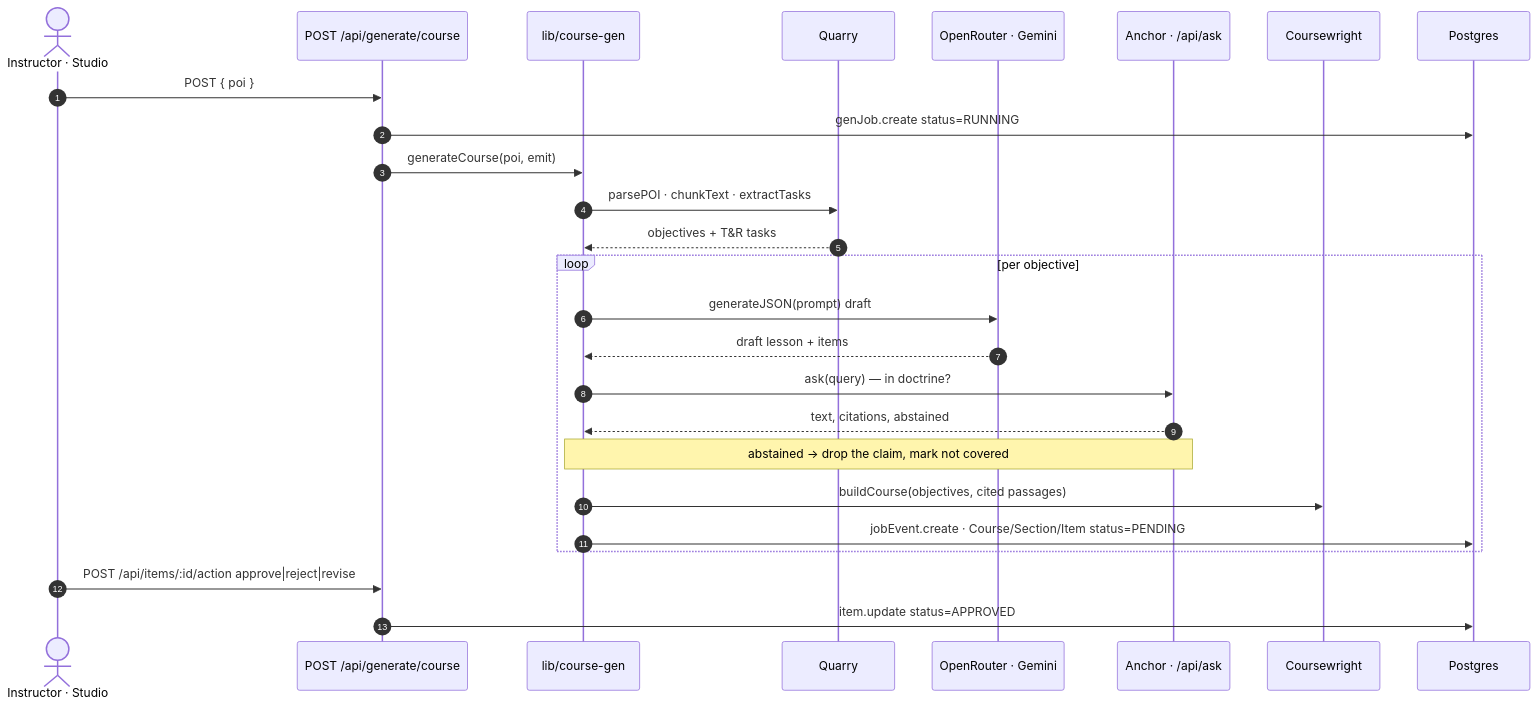
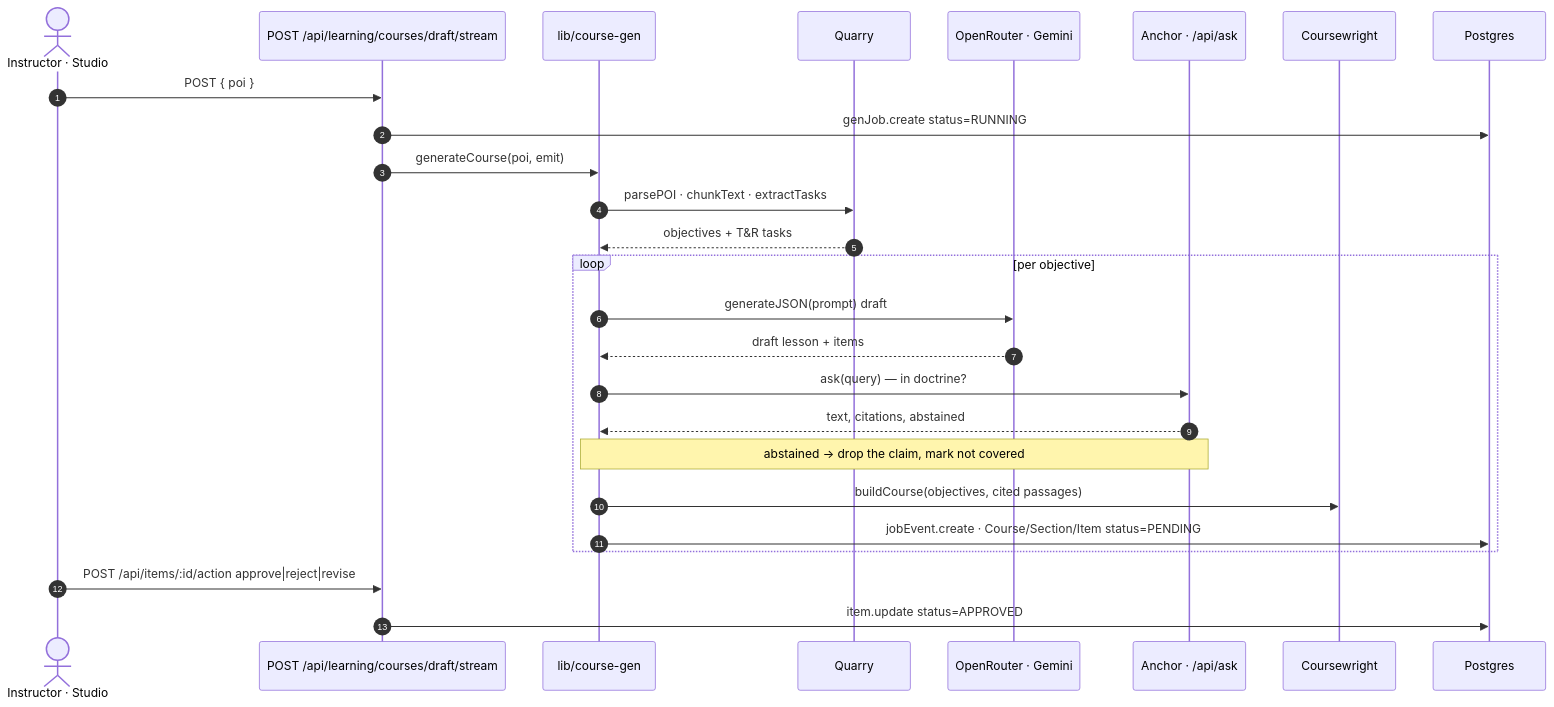
Before and after one commit to groundworklms/SchoolCircleLMS: the second of 5 diagrams in docs/gameday/RANGE-CARD.md, drawn with Mermaid. The commit also changed other lines of this file and 11 other files, not shown here.

````diff
--- a/docs/gameday/RANGE-CARD.md
+++ b/docs/gameday/RANGE-CARD.md
@@ -68,28 +127,28 @@
 ```mermaid
 sequenceDiagram
   autonumber
   actor INS as Instructor · Studio
-  participant API as POST /api/generate/course
+  participant API as POST /api/learning/courses/draft/stream
   participant CG as lib/course-gen
   participant Q as Quarry
   participant OR as OpenRouter · Gemini
   participant AN as Anchor · /api/ask
   participant CW as Coursewright
   participant DB as Postgres
   INS->>API: POST { poi }
   API->>DB: genJob.create status=RUNNING
   API->>CG: generateCourse(poi, emit)
   CG->>Q: parsePOI · chunkText · extractTasks
   Q-->>CG: objectives + T&R tasks
   loop per objective
     CG->>OR: generateJSON(prompt) draft
     OR-->>CG: draft lesson + items
     CG->>AN: ask(query) — in doctrine?
     AN-->>CG: text, citations, abstained
     Note over CG,AN: abstained → drop the claim, mark not covered
     CG->>CW: buildCourse(objectives, cited passages)
     CG->>DB: jobEvent.create · Course/Section/Item status=PENDING
   end
   INS->>API: POST /api/items/:id/action approve|reject|revise
   API->>DB: item.update status=APPROVED
 ```
````
